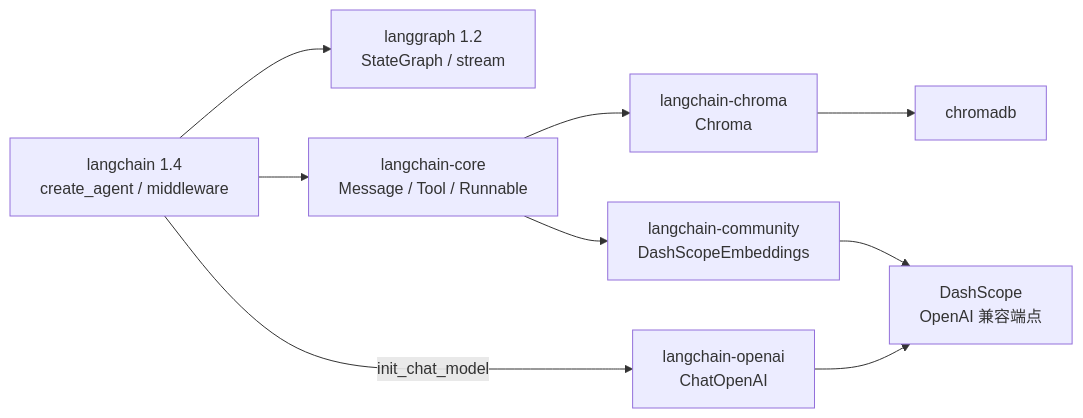
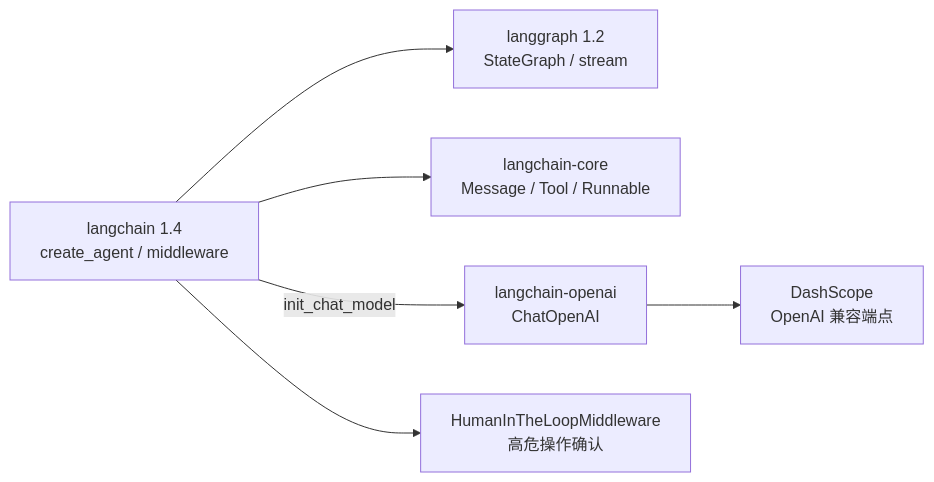
Before and after one commit to AX3031/Hybrid_Agent01: the first of 4 diagrams in docs/ARCHITECTURE.md, drawn with Mermaid. The commit also changed other lines of this file and 36 other files, not shown here.

````diff
--- a/docs/ARCHITECTURE.md
+++ b/docs/ARCHITECTURE.md
@@ -143,11 +140,8 @@
 ```mermaid
 flowchart LR
     LC["langchain 1.4<br/>create_agent / middleware"] --> LG["langgraph 1.2<br/>StateGraph / stream"]
     LC --> LCO["langchain-core<br/>Message / Tool / Runnable"]
     LC -->|"init_chat_model"| LO["langchain-openai<br/>ChatOpenAI"]
-    LCO --> LCH["langchain-chroma<br/>Chroma"]
-    LCH --> CD["chromadb"]
     LO --> DS["DashScope<br/>OpenAI 兼容端点"]
-    LCO --> DSE["langchain-community<br/>DashScopeEmbeddings"]
-    DSE --> DS
+    LC --> HITL["HumanInTheLoopMiddleware<br/>高危操作确认"]
 ```
````
